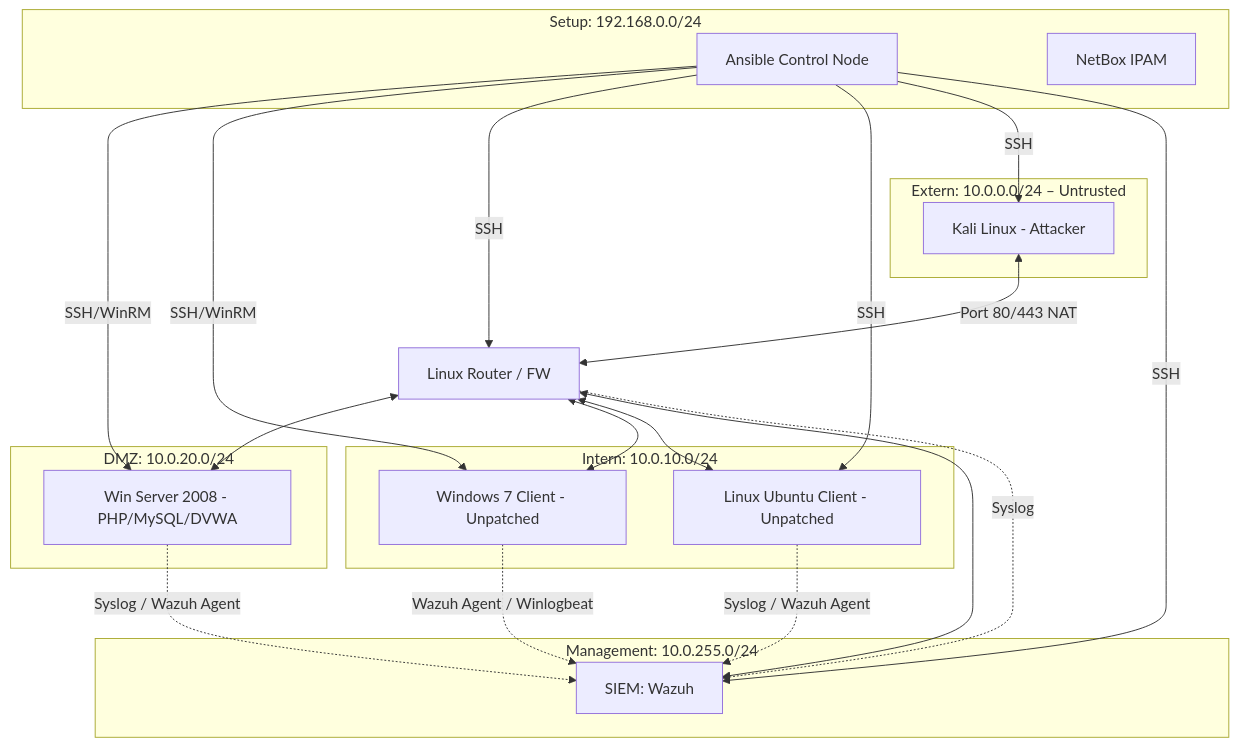
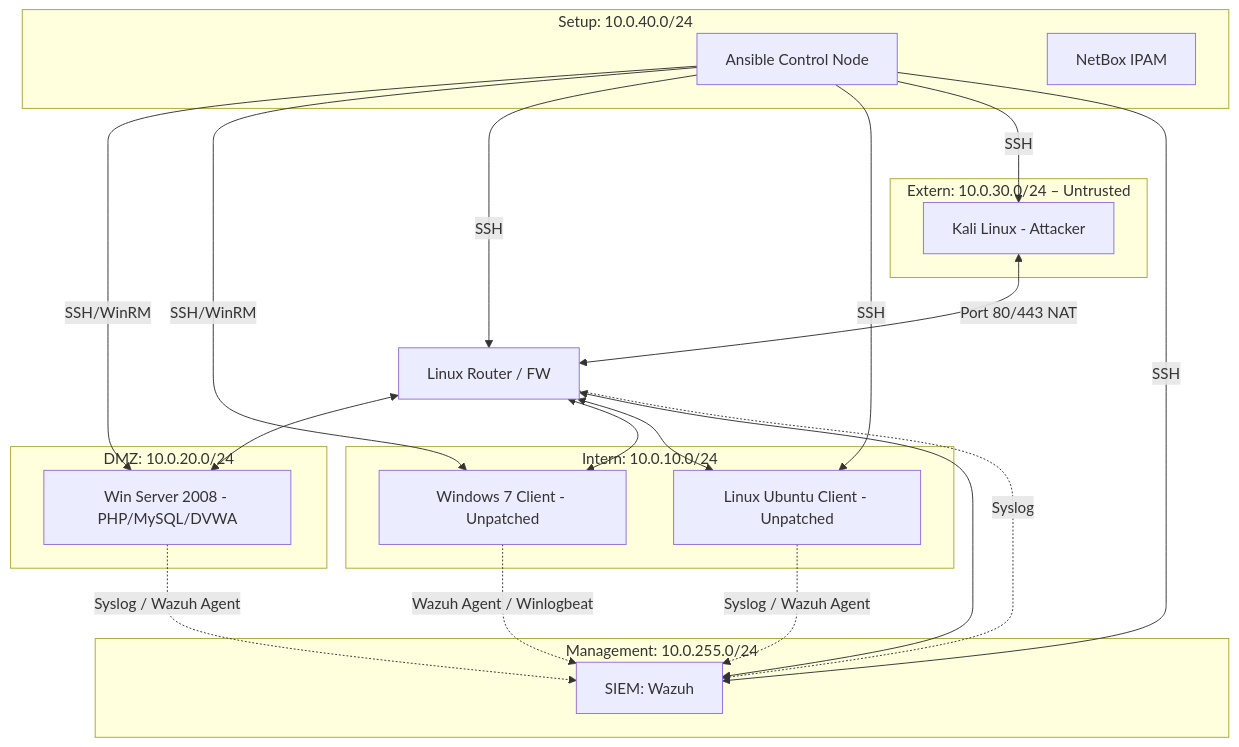
Before and after one commit to MByteBender/security_lab: the diagram in docu/deliverable_session2.md, drawn with Mermaid. The commit also changed 6 other files, not shown here.

````diff
--- a/docu/deliverable_session2.md
+++ b/docu/deliverable_session2.md
@@ -9,44 +9,44 @@
 ```mermaid
 graph TD
-    subgraph Internet_Untrusted [Extern: 10.0.0.0/24 – Untrusted]
+    subgraph Internet_Untrusted [Extern: 10.0.30.0/24 – Untrusted]
         Kali[Kali Linux - Attacker]
     end
 
     Router[Linux Router / FW]
 
     subgraph DMZ_Zone [DMZ: 10.0.20.0/24]
         Webserver[Win Server 2008 - PHP/MySQL/DVWA]
     end
 
     subgraph LAN_Zone [Intern: 10.0.10.0/24]
         Win7[Windows 7 Client - Unpatched]
         UbuntuDesktop[Linux Ubuntu Client - Unpatched]
     end
 
     subgraph SIEM_Zone [Management: 10.0.255.0/24]
         SIEM[SIEM: Wazuh]
     end
 
-    subgraph Configuration [Setup: 192.168.0.0/24]
+    subgraph Configuration [Setup: 10.0.40.0/24]
         Ansible[Ansible Control Node]
         NetBox[NetBox IPAM]
     end
 
     Kali <-->|Port 80/443 NAT| Router
     Router <--> Webserver
     Router <--> Win7
     Router <--> UbuntuDesktop
     Router <--> SIEM
 
     Ansible -->|SSH/WinRM| Webserver
     Ansible -->|SSH/WinRM| Win7
     Ansible -->|SSH| Router
     Ansible -->|SSH| UbuntuDesktop
     Ansible -->|SSH| Kali
     Ansible -->|SSH| SIEM
 
     Webserver -.->|Syslog / Wazuh Agent| SIEM
     Win7 -.->|Wazuh Agent / Winlogbeat| SIEM
     UbuntuDesktop -.->|Syslog / Wazuh Agent| SIEM
     Router -.->|Syslog| SIEM
 ```
````
